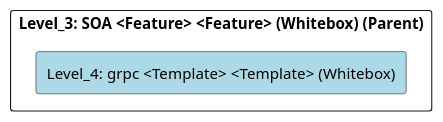
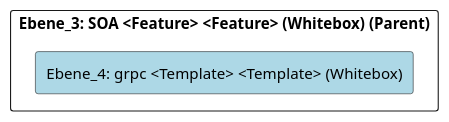
The diagram in doc/cleonproject_deliverables_architecture_model_architecture/adoc/de/05_bausteinsicht/cleon/architecture_styles_and_patterns/soa/templategrpc/ebene_4_template.grpc.adoc (marcozwyssig/cleon), drawn with PlantUML before and after one commit. The commit also changed other lines of this file and 214 other files, not shown here.

```diff
--- a/doc/cleonproject_deliverables_architecture_model_architecture/adoc/de/05_bausteinsicht/cleon/architecture_styles_and_patterns/soa/templategrpc/ebene_4_template.grpc.adoc
+++ b/doc/cleonproject_deliverables_architecture_model_architecture/adoc/de/05_bausteinsicht/cleon/architecture_styles_and_patterns/soa/templategrpc/ebene_4_template.grpc.adoc
@@ -20,24 +20,24 @@
-[plantuml, Level_4: grpc <Template> <Template> (Whitebox)BlockOverview, format="svg"]
+[plantuml, Ebene_4: grpc <Template> <Template> (Whitebox)BlockOverview, format="svg"]
 ----
-@startuml Level_4: grpc <Template> <Template> (Whitebox)BuildingBlockOverview
+@startuml Ebene_4: grpc <Template> <Template> (Whitebox)BuildingBlockOverview
 
 skinparam ranksep 10
 skinparam componentStyle rectangle
 skinparam shadowing false
 skinparam arrowColor lightblue
 skinparam arrowThickness 1.2
 skinparam rectangle {
   BackgroundColor White
   BorderColor #333
   RoundCorner 10
 }
 top to bottom direction
 
-component "Level_3: SOA <Feature> <Feature> (Whitebox) (Parent)" {
-    component "Level_4: grpc <Template> <Template> (Whitebox)" #lightblue {
+component "Ebene_3: SOA <Feature> <Feature> (Whitebox) (Parent)" {
+    component "Ebene_4: grpc <Template> <Template> (Whitebox)" #lightblue {
     }
 
 }
 
 @enduml
 ----
```
